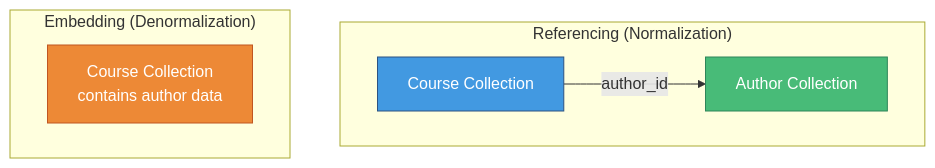
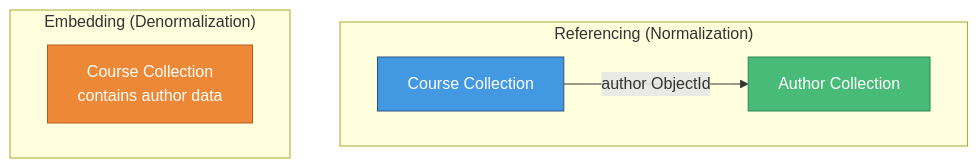
Before and after one commit to VIVES-Zuid/node: the first of 2 diagrams in 09-Mongoose-Modeling/02-referencing-embedding.md, drawn with Mermaid. The commit also changed other lines of this file and 24 other files, not shown here.

````diff
--- a/09-Mongoose-Modeling/02-referencing-embedding.md
+++ b/09-Mongoose-Modeling/02-referencing-embedding.md
@@ -59,14 +130,14 @@
 ```mermaid
 graph TB
     subgraph "Referencing (Normalization)"
-    A1[Course Collection] -->|author_id| B1[Author Collection]
+    A1[Course Collection] -->|author ObjectId| B1[Author Collection]
     end
     
     subgraph "Embedding (Denormalization)"
     A2[Course Collection<br/>contains author data]
     end
     
     style A1 fill:#4299e1,stroke:#2c5282,color:#fff
     style B1 fill:#48bb78,stroke:#2f855a,color:#fff
     style A2 fill:#ed8936,stroke:#c05621,color:#fff
 ```
````
